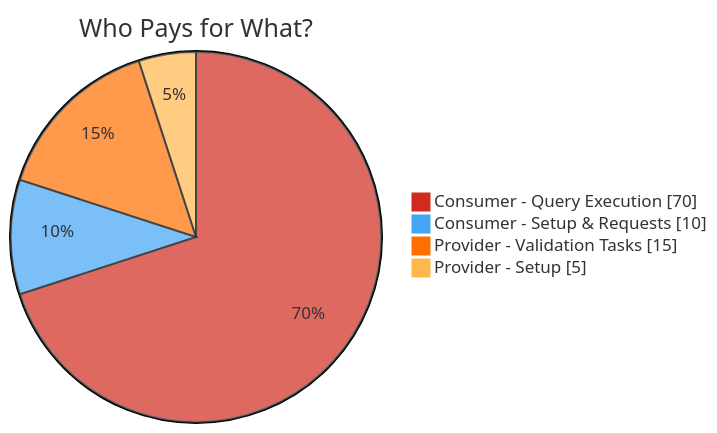
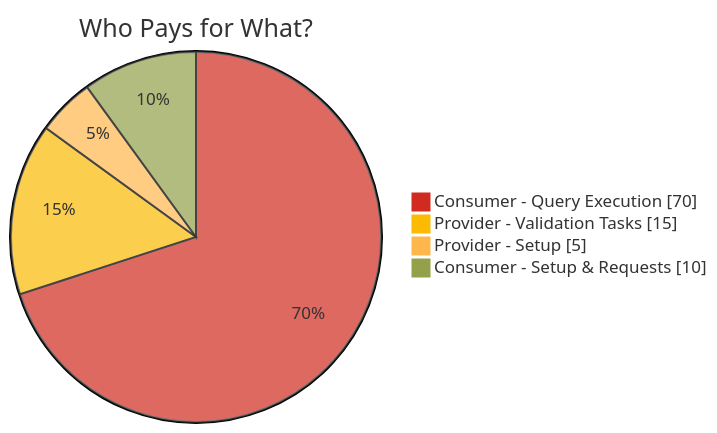
One commit to sfc-gh-vshiv/sfquickstart-data-clean-room changed the third of 5 diagrams in DCR_Flow_and_Cost_Guide.md. Above: the diagram before and after it, drawn with Mermaid.

Commit message:
Update pie chart colors in DCR Flow and Cost Guide for enhanced visual clarity

````diff
--- a/DCR_Flow_and_Cost_Guide.md
+++ b/DCR_Flow_and_Cost_Guide.md
@@ -142,9 +142,9 @@
 ```mermaid
-%%{init: {'theme': 'base', 'themeVariables': { 'pie1': '#d12b1f', 'pie2': '#42A5F5', 'pie3': '#FF6F00', 'pie4': '#FFB74D', 'pieStrokeColor': '#333', 'pieStrokeWidth': '2px'}}}%%
+%%{init: {'theme': 'base', 'themeVariables': { 'pie1': '#d12b1f', 'pie2': '#fcba03', 'pie3': '#FFB74D', 'pie4': '#94a14a', 'pieStrokeColor': '#333', 'pieStrokeWidth': '2px'}}}%%
 pie showData
     title Who Pays for What?
     "Consumer - Query Execution" : 70
-    "Consumer - Setup & Requests" : 10
     "Provider - Validation Tasks" : 15
     "Provider - Setup" : 5
+    "Consumer - Setup & Requests" : 10
 ```
````
